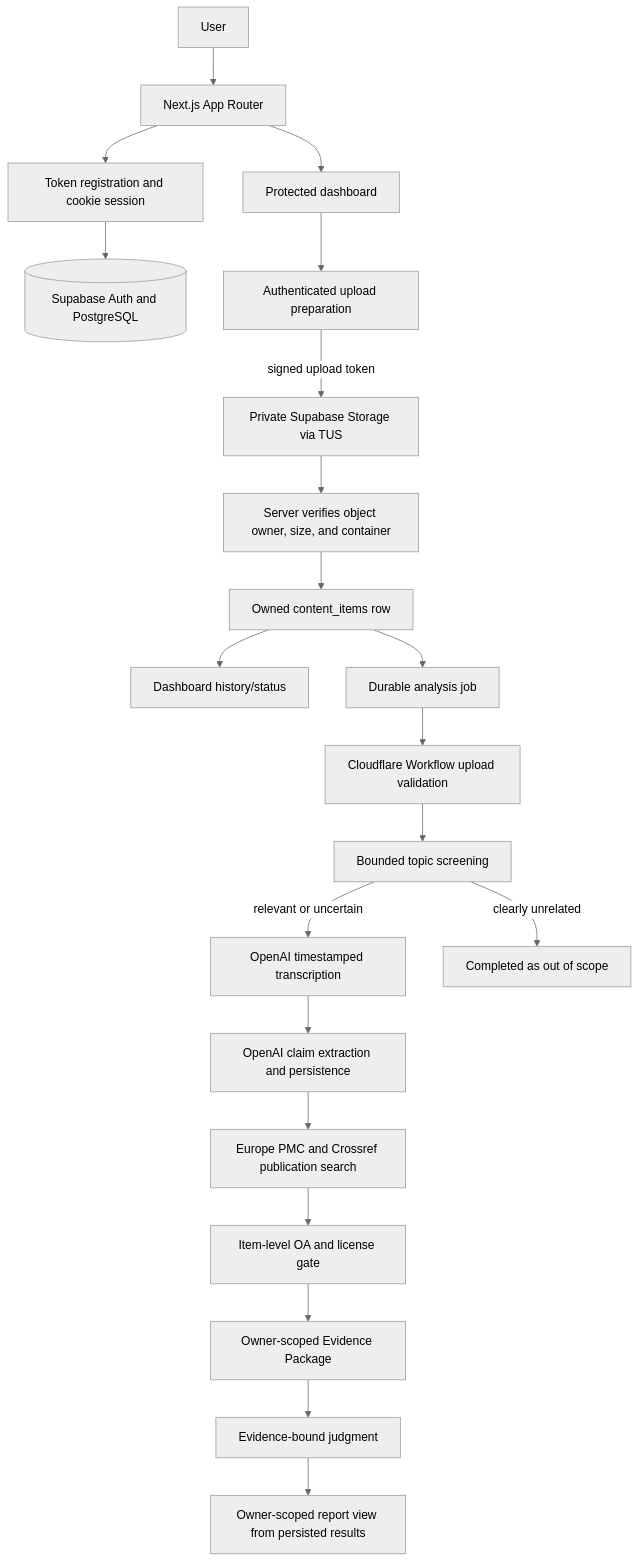
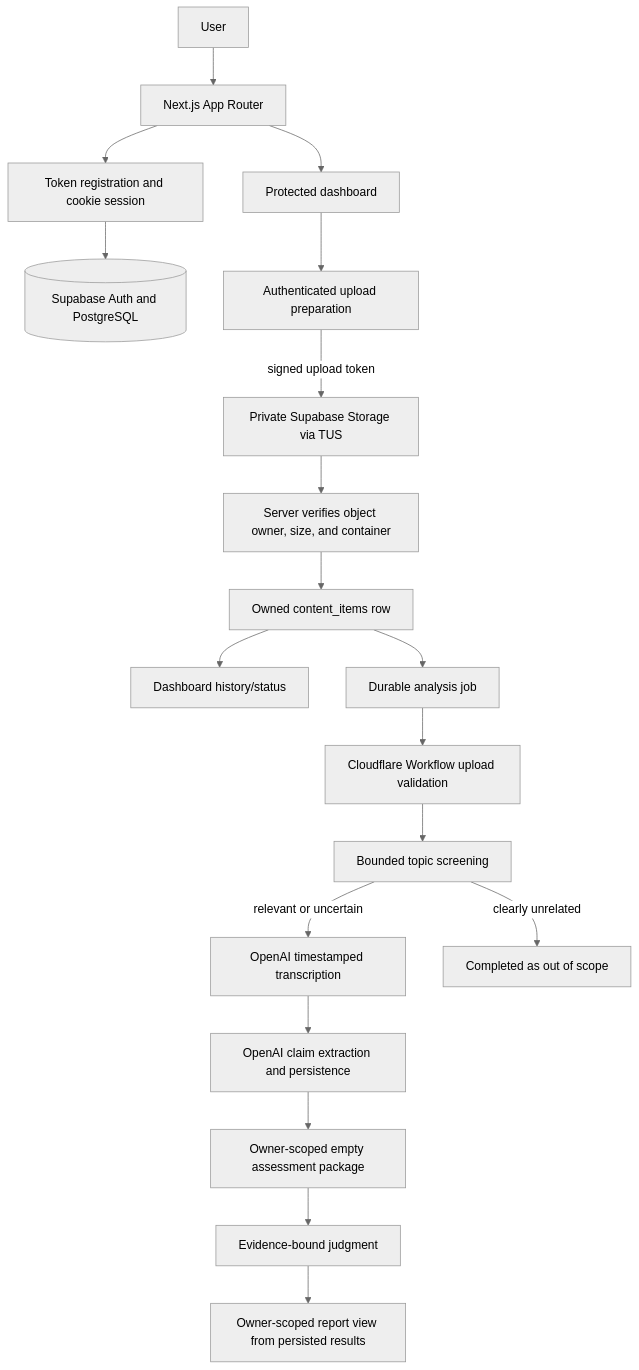
The diagram in ARCHITECTURE.md (Kirbik/psych-factcheck), drawn with Mermaid (neutral theme) before and after one commit. The commit also changed other lines of this file and 26 other files, not shown here.

````diff
--- a/ARCHITECTURE.md
+++ b/ARCHITECTURE.md
@@ -21,23 +21,21 @@
 ```mermaid
 flowchart TD
   U[User] --> WEB[Next.js App Router]
   WEB --> AUTH[Token registration and cookie session]
   AUTH --> DB[(Supabase Auth and PostgreSQL)]
   WEB --> DASH[Protected dashboard]
   DASH --> UP[Authenticated upload preparation]
   UP -->|signed upload token| STORAGE[Private Supabase Storage via TUS]
   STORAGE --> VERIFY[Server verifies object owner, size, and container]
   VERIFY --> CONTENT[Owned content_items row]
   CONTENT --> HISTORY[Dashboard history/status]
   CONTENT --> JOB[Durable analysis job]
   JOB --> PREP[Cloudflare Workflow upload validation]
   PREP --> SCREEN[Bounded topic screening]
   SCREEN -->|relevant or uncertain| TRANS[OpenAI timestamped transcription]
   SCREEN -->|clearly unrelated| STOP[Completed as out of scope]
   TRANS --> CLAIMS[OpenAI claim extraction and persistence]
-  CLAIMS --> SEARCH[Europe PMC and Crossref publication search]
-  SEARCH --> RIGHTS[Item-level OA and license gate]
-  RIGHTS --> PACKAGE[Owner-scoped Evidence Package]
+  CLAIMS --> PACKAGE[Owner-scoped empty assessment package]
   PACKAGE --> JUDGE[Evidence-bound judgment]
   JUDGE --> REPORT[Owner-scoped report view from persisted results]
 ```
````
